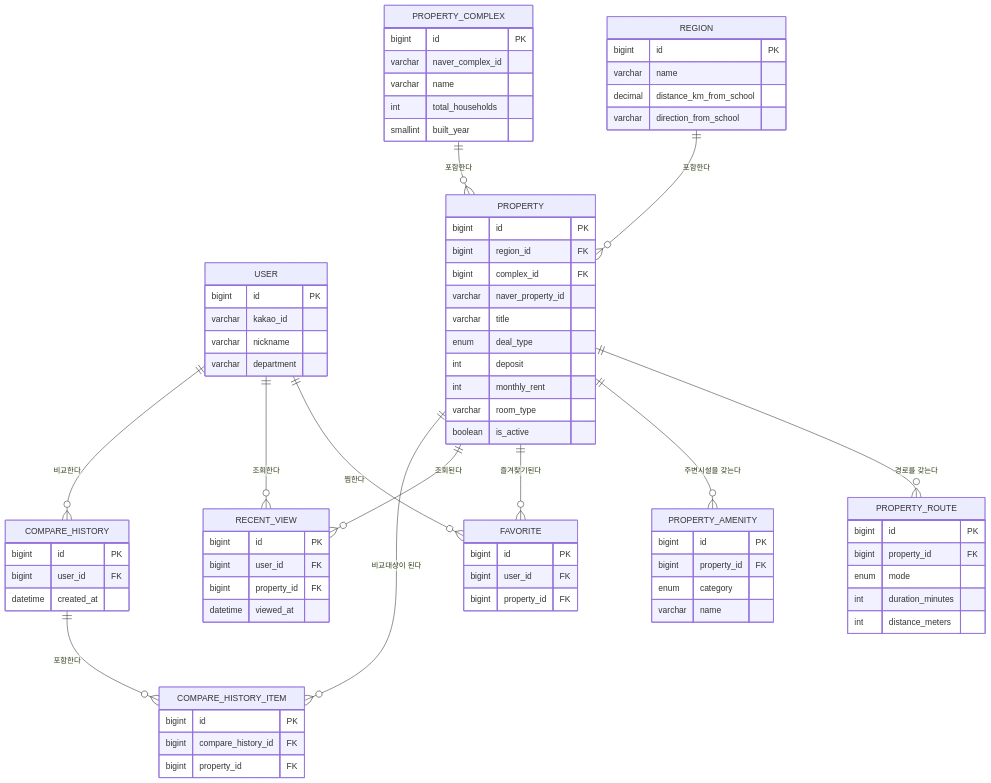
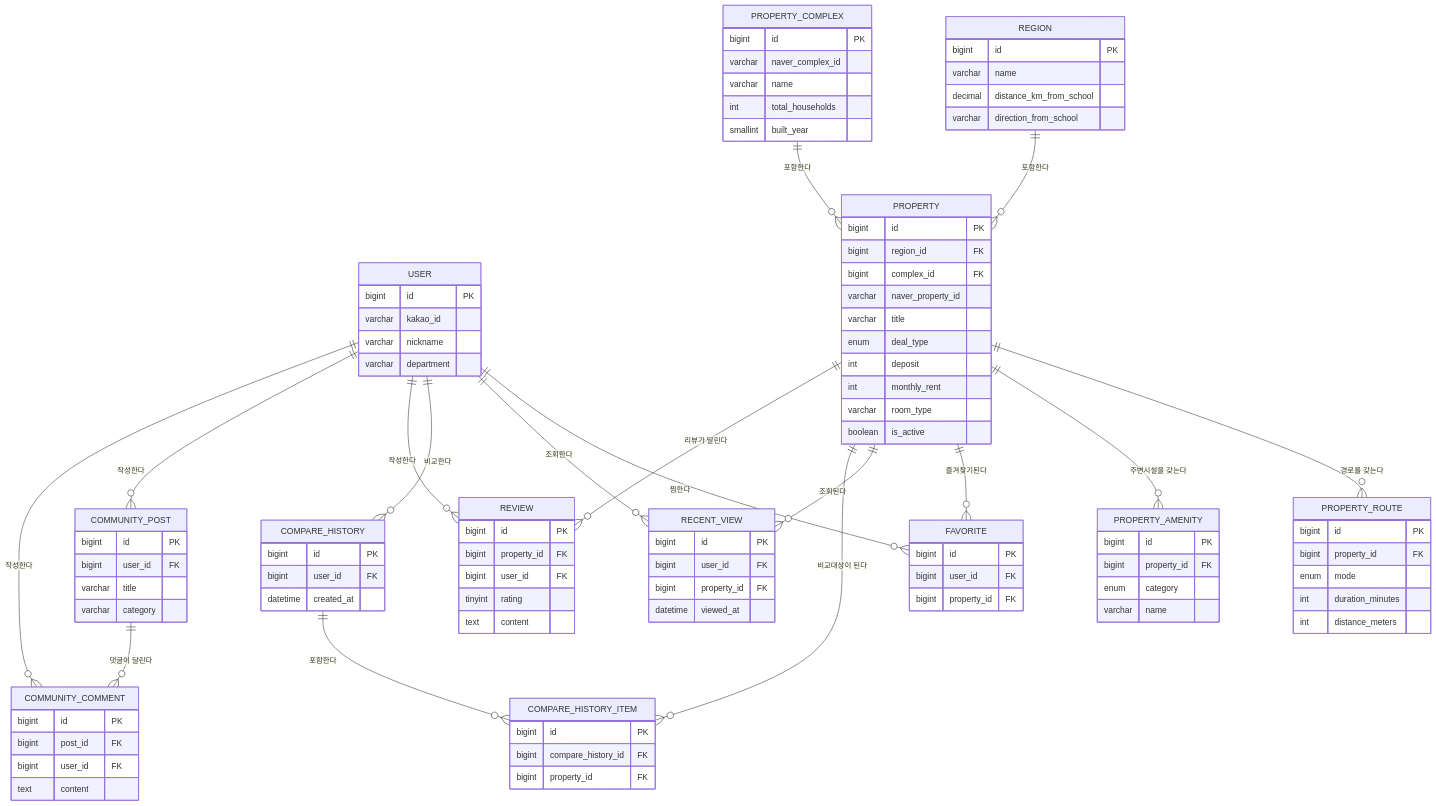
The diagram in erd_spec.md (CampusLocal-NSU-Algorithm/CampusLocal_Plan), drawn with Mermaid before and after one commit. The commit also changed other lines of this file and 6 other files, not shown here.

````diff
--- a/erd_spec.md
+++ b/erd_spec.md
@@ -168,6 +207,12 @@
     PROPERTY ||--o{ COMPARE_HISTORY_ITEM : "비교대상이 된다"
 
     COMPARE_HISTORY ||--o{ COMPARE_HISTORY_ITEM : "포함한다"
+
+    PROPERTY ||--o{ REVIEW : "리뷰가 달린다"
+    USER ||--o{ REVIEW : "작성한다"
+    USER ||--o{ COMMUNITY_POST : "작성한다"
+    COMMUNITY_POST ||--o{ COMMUNITY_COMMENT : "댓글이 달린다"
+    USER ||--o{ COMMUNITY_COMMENT : "작성한다"
 
     USER {
         bigint id PK
@@ -234,4 +279,23 @@
         bigint compare_history_id FK
         bigint property_id FK
     }
+    REVIEW {
+        bigint id PK
+        bigint property_id FK
+        bigint user_id FK
+        tinyint rating
+        text content
+    }
+    COMMUNITY_POST {
+        bigint id PK
+        bigint user_id FK
+        varchar title
+        varchar category
+    }
+    COMMUNITY_COMMENT {
+        bigint id PK
+        bigint post_id FK
+        bigint user_id FK
+        text content
+    }
 ```
````
